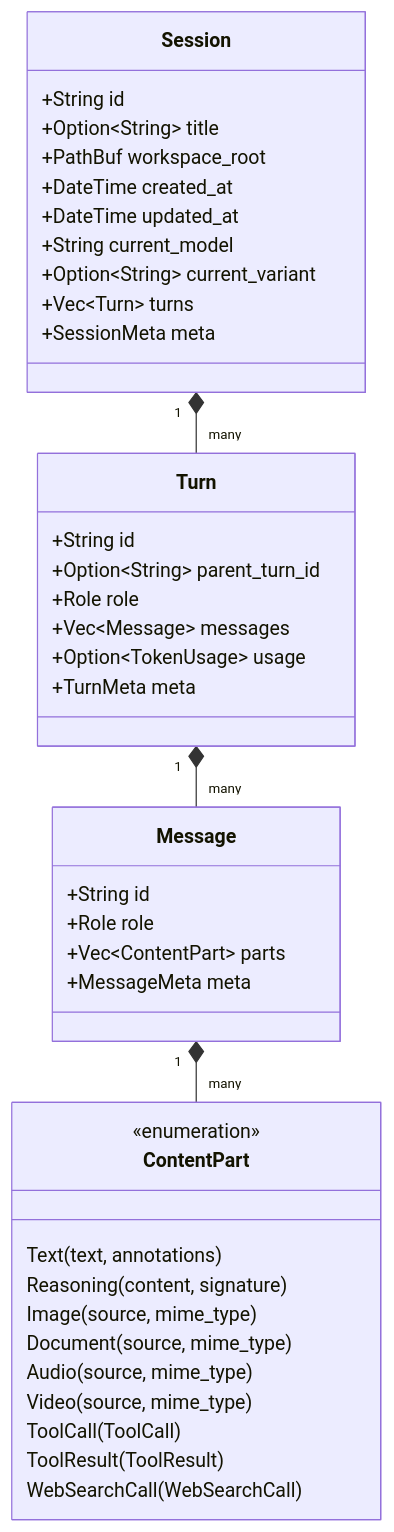
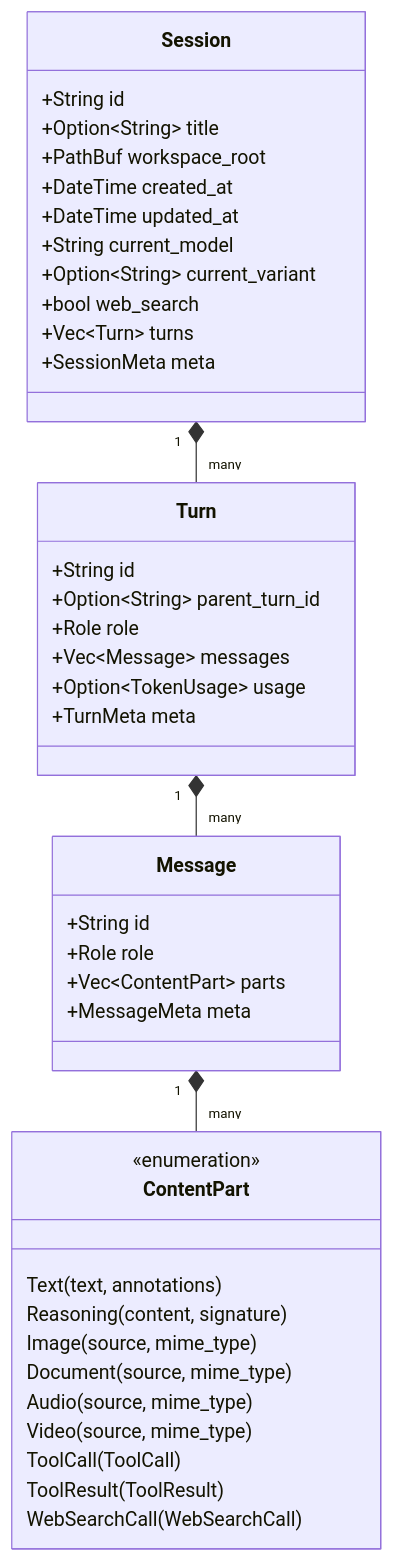
One commit to jerrita/vva changed the diagram in docs/domain_model.md. Above: the diagram before and after it, drawn with Mermaid. The commit also changed other lines of this file and 10 other files, not shown here.

First line of the commit message:
feat: persist session web search state to maintain prompt cache consistency

````diff
--- a/docs/domain_model.md
+++ b/docs/domain_model.md
@@ -9,44 +9,45 @@
 ```mermaid
 classDiagram
     class Session {
         +String id
         +Option~String~ title
         +PathBuf workspace_root
         +DateTime created_at
         +DateTime updated_at
         +String current_model
         +Option~String~ current_variant
+        +bool web_search
         +Vec~Turn~ turns
         +SessionMeta meta
     }
     class Turn {
         +String id
         +Option~String~ parent_turn_id
         +Role role
         +Vec~Message~ messages
         +Option~TokenUsage~ usage
         +TurnMeta meta
     }
     class Message {
         +String id
         +Role role
         +Vec~ContentPart~ parts
         +MessageMeta meta
     }
     class ContentPart {
         <<enumeration>>
         Text(text, annotations)
         Reasoning(content, signature)
         Image(source, mime_type)
         Document(source, mime_type)
         Audio(source, mime_type)
         Video(source, mime_type)
         ToolCall(ToolCall)
         ToolResult(ToolResult)
         WebSearchCall(WebSearchCall)
     }
 
     Session "1" *-- "many" Turn
     Turn "1" *-- "many" Message
     Message "1" *-- "many" ContentPart
 ```
````
